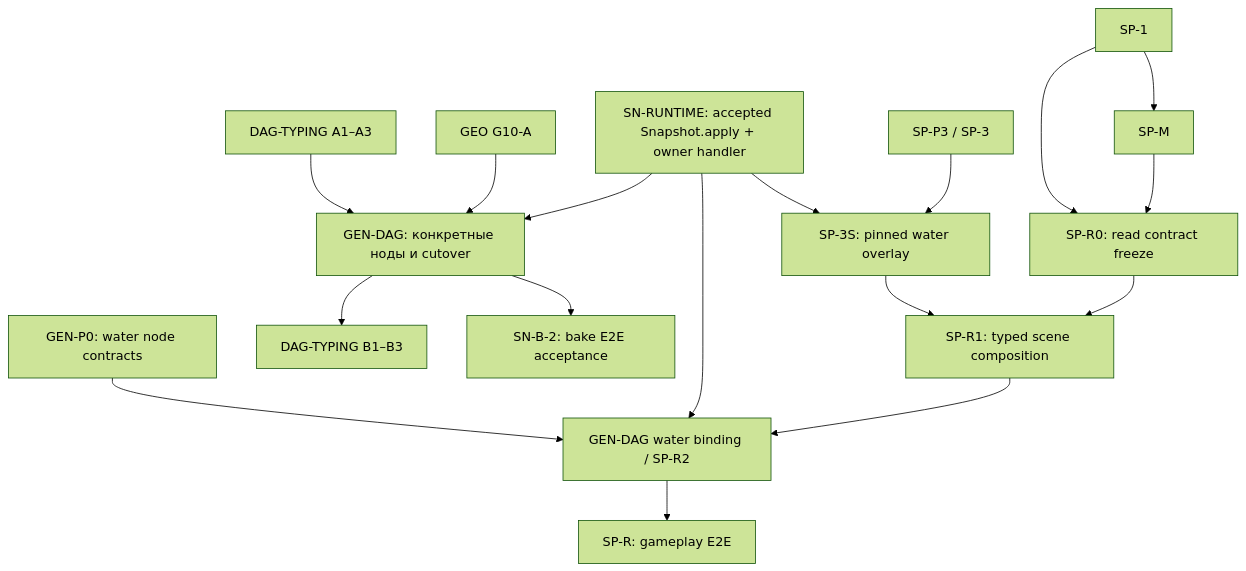
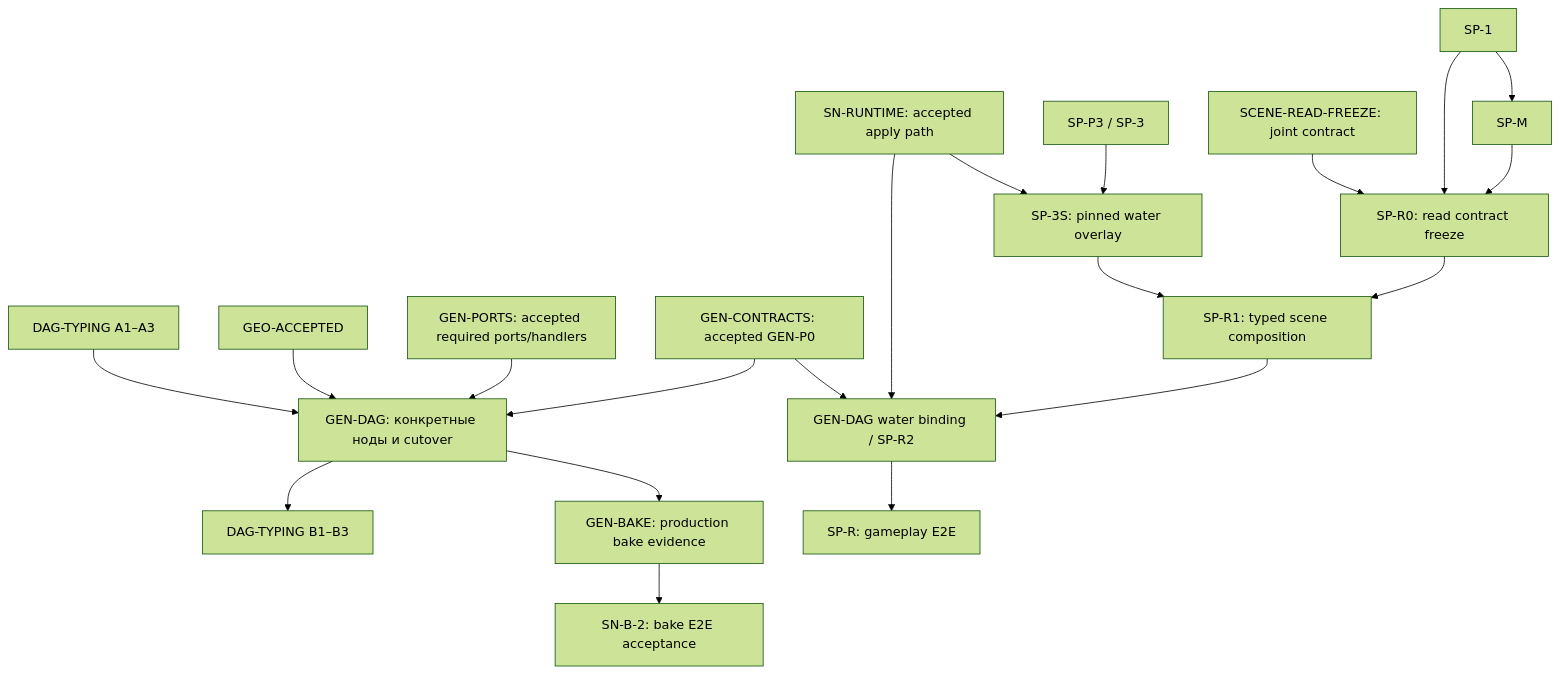
Before and after one commit to AndrewBondaren/AI-Project: the second of 2 diagrams in .cursor/plans/world-generation-plan-dependency-graph.md, drawn with Mermaid (forest theme). The commit also changed other lines of this file and 4 other files, not shown here.

Commit message:
docs: update architectural documentation for clarity and versioning across multiple plans

````diff
--- a/.cursor/plans/world-generation-plan-dependency-graph.md
+++ b/.cursor/plans/world-generation-plan-dependency-graph.md
@@ -83,19 +84,22 @@
 ```mermaid
 flowchart TD
     A["DAG-TYPING A1–A3"] --> GEN["GEN-DAG: конкретные ноды и cutover"]
-    G["GEO G10-A"] --> GEN
-    SN["SN-RUNTIME: accepted Snapshot.apply + owner handler"] --> GEN
-    SN --> S["SP-3S: pinned water overlay"]
+    G["GEO-ACCEPTED"] --> GEN
+    GP["GEN-PORTS: accepted required ports/handlers"] --> GEN
+    SN["SN-RUNTIME: accepted apply path"] --> S["SP-3S: pinned water overlay"]
     BASE["SP-P3 / SP-3"] --> S
     S --> R1["SP-R1: typed scene composition"]
     R0["SP-R0: read contract freeze"] --> R1
     GEN --> B["DAG-TYPING B1–B3"]
-    GEN --> SB["SN-B-2: bake E2E acceptance"]
-    GC["GEN-P0: water node contracts"] --> R2["GEN-DAG water binding / SP-R2"]
+    GEN --> GB["GEN-BAKE: production bake evidence"]
+    GB --> SB["SN-B-2: bake E2E acceptance"]
+    GC["GEN-CONTRACTS: accepted GEN-P0"] --> R2["GEN-DAG water binding / SP-R2"]
+    GC --> GEN
+    CF["SCENE-READ-FREEZE: joint contract"] --> R0
     SN --> R2
     S1["SP-1"] --> M["SP-M"]
     S1 --> R0
     M --> R0
     R1 --> R2
     R2 --> E["SP-R: gameplay E2E"]
 ```
````
